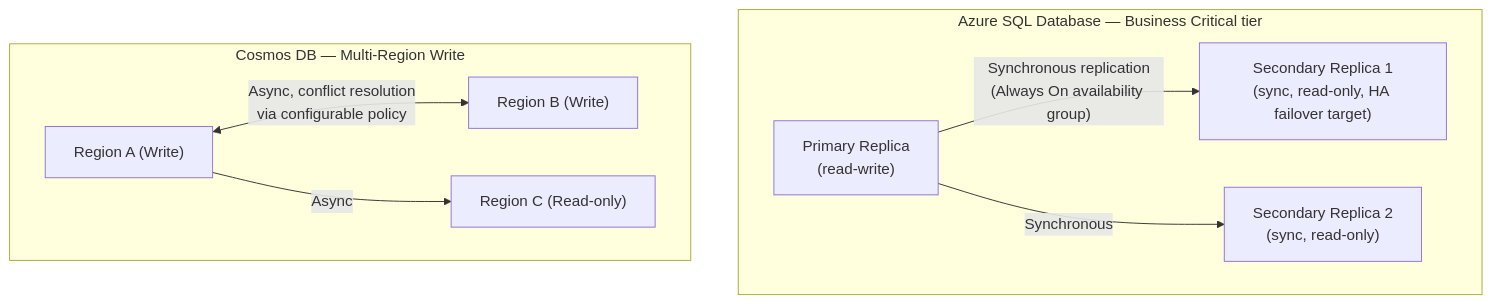
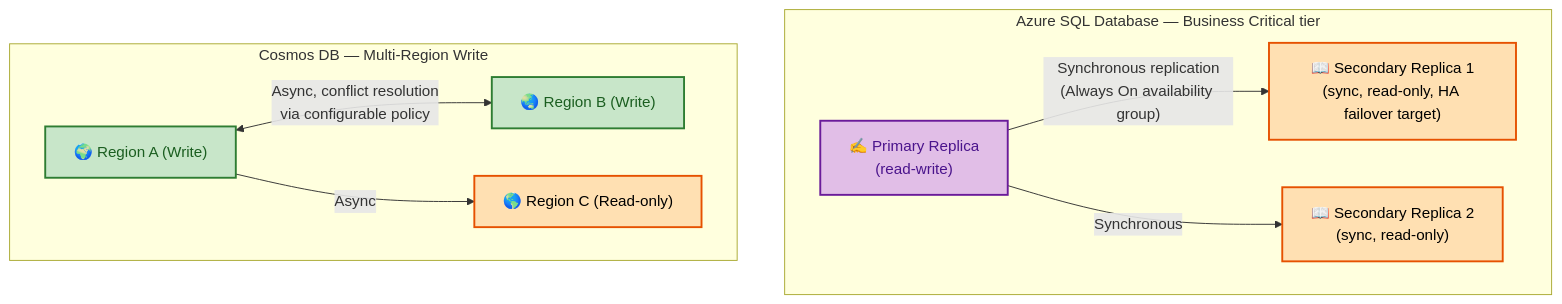
One commit to rakesh-budde/devops-guide changed the fourth of 5 diagrams in azure/10-DATABASES-EVENTDRIVEN.md. Above: the diagram before and after it, drawn with Mermaid. The commit also changed other lines of this file and 73 other files, not shown here.

````diff
--- a/azure/10-DATABASES-EVENTDRIVEN.md
+++ b/azure/10-DATABASES-EVENTDRIVEN.md
@@ -9,17 +103,27 @@
 ```mermaid
 graph TB
     subgraph AzureSQL["Azure SQL Database — Business Critical tier"]
-        Primary["Primary Replica<br/>(read-write)"]
-        Secondary1["Secondary Replica 1<br/>(sync, read-only, HA failover target)"]
-        Secondary2["Secondary Replica 2<br/>(sync, read-only)"]
+        Primary["✍️ Primary Replica<br/>(read-write)"]
+        Secondary1["📖 Secondary Replica 1<br/>(sync, read-only, HA failover target)"]
+        Secondary2["📖 Secondary Replica 2<br/>(sync, read-only)"]
         Primary -->|"Synchronous replication<br/>(Always On availability group)"| Secondary1
         Primary -->|Synchronous| Secondary2
     end
     subgraph Cosmos["Cosmos DB — Multi-Region Write"]
-        Region1["Region A (Write)"]
-        Region2["Region B (Write)"]
-        Region3["Region C (Read-only)"]
+        Region1["🌍 Region A (Write)"]
+        Region2["🌏 Region B (Write)"]
+        Region3["🌎 Region C (Read-only)"]
         Region1 <-->|"Async, conflict resolution<br/>via configurable policy"| Region2
         Region1 -->|Async| Region3
     end
+    classDef start fill:#e3f2fd,stroke:#1565c0,color:#0d47a1,stroke-width:2px;
+    classDef proc fill:#fff9c4,stroke:#f9a825,color:#000,stroke-width:2px;
+    classDef good fill:#c8e6c9,stroke:#2e7d32,color:#1b5e20,stroke-width:2px;
+    classDef bad fill:#ffcdd2,stroke:#c62828,color:#b71c1c,stroke-width:2px;
+    classDef ctrl fill:#e1bee7,stroke:#6a1b9a,color:#4a148c,stroke-width:2px;
+    classDef store fill:#ffe0b2,stroke:#e65100,color:#000,stroke-width:2px;
+    class Primary ctrl;
+    class Secondary1,Secondary2 store;
+    class Region1,Region2 good;
+    class Region3 store;
 ```
````
